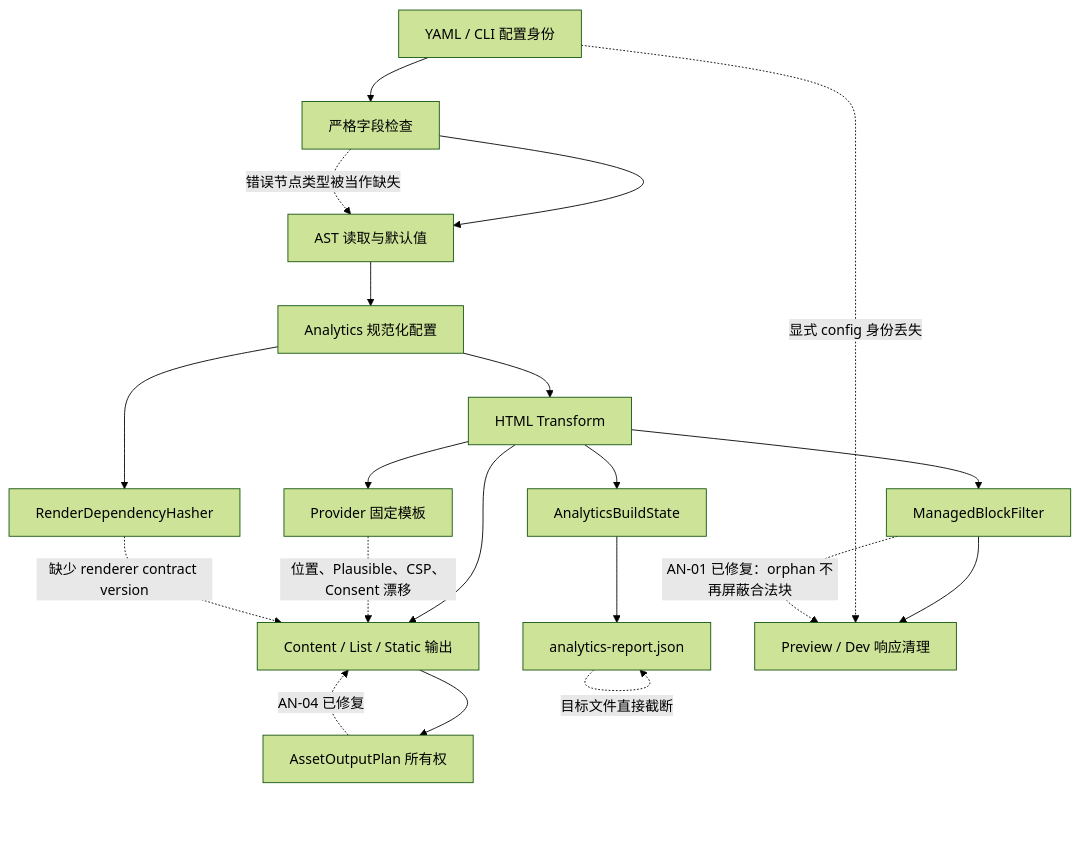
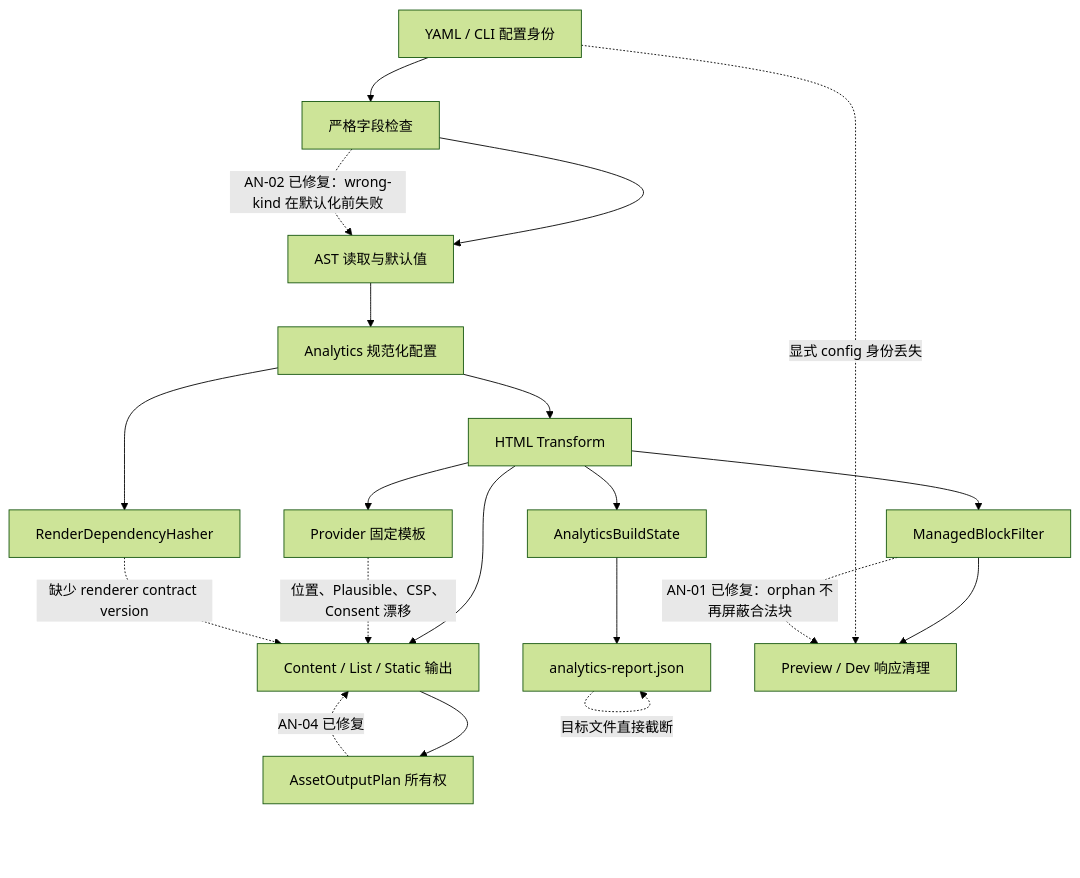
One commit to ALi365-SDN-BHD/Bukit changed the diagram in docs/analysis/bukit-analytics-built-in-plugin-deep-audit-2026-07-18.zh-CN.md. Above: the diagram before and after it, drawn with Mermaid (forest theme). The commit also changed other lines of this file and 5 other files, not shown here.

````diff
--- a/docs/analysis/bukit-analytics-built-in-plugin-deep-audit-2026-07-18.zh-CN.md
+++ b/docs/analysis/bukit-analytics-built-in-plugin-deep-audit-2026-07-18.zh-CN.md
@@ -77,23 +77,23 @@
 ```mermaid
 flowchart TD
     A["YAML / CLI 配置身份"] --> B["严格字段检查"]
     B --> C["AST 读取与默认值"]
     C --> D["Analytics 规范化配置"]
     D --> E["HTML Transform"]
     E --> F["ManagedBlockFilter"]
     E --> G["Provider 固定模板"]
     D --> H["RenderDependencyHasher"]
     E --> I["Content / List / Static 输出"]
     I --> J["AssetOutputPlan 所有权"]
     E --> K["AnalyticsBuildState"]
     K --> L["analytics-report.json"]
     F --> M["Preview / Dev 响应清理"]
 
-    B -. "错误节点类型被当作缺失" .-> C
+    B -. "AN-02 已修复：wrong-kind 在默认化前失败" .-> C
     A -. "显式 config 身份丢失" .-> M
     F -. "AN-01 已修复：orphan 不再屏蔽合法块" .-> M
     G -. "位置、Plausible、CSP、Consent 漂移" .-> I
     H -. "缺少 renderer contract version" .-> I
     L -. "目标文件直接截断" .-> L
     J -. "AN-04 已修复" .-> I
 ```
````
